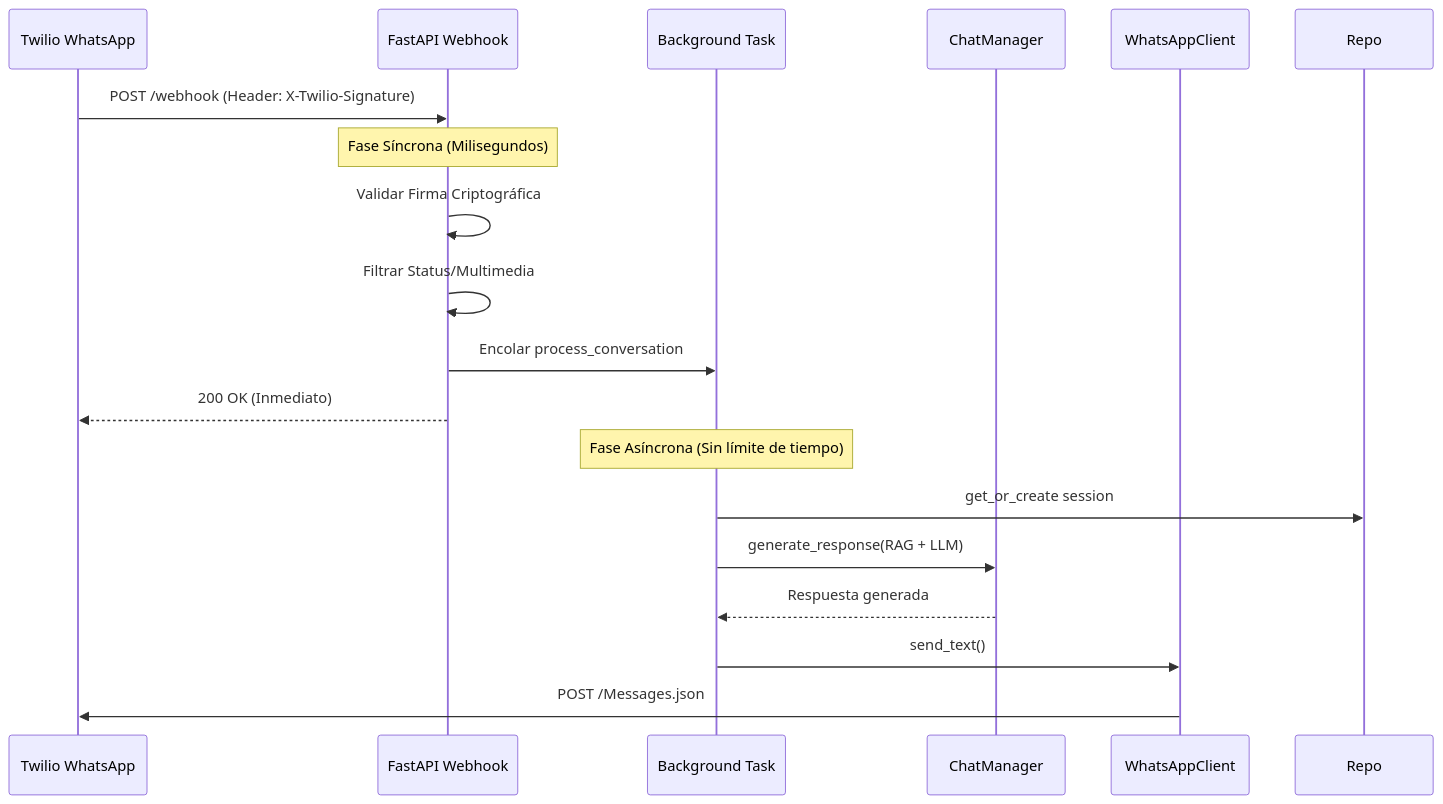
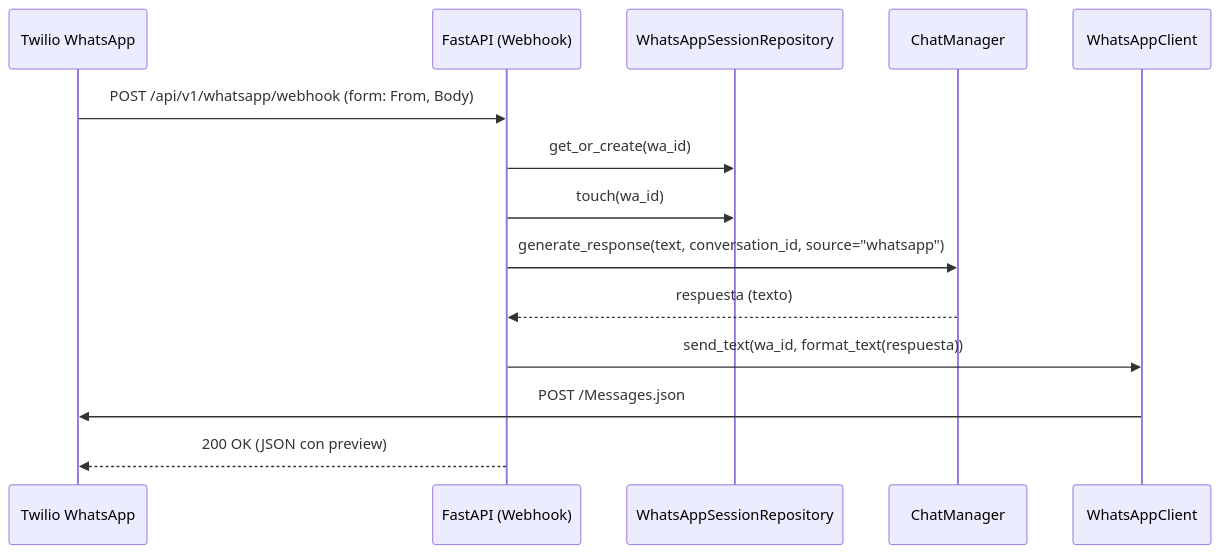
One commit to Jandirs08/Chatbot_Rag_final changed the diagram in backend/readmeWhatsapp.md. Above: the diagram before and after it, drawn with Mermaid. The commit also changed other lines of this file and 8 other files, not shown here.

````diff
--- a/backend/readmeWhatsapp.md
+++ b/backend/readmeWhatsapp.md
@@ -35,23 +32,17 @@
 ```mermaid
 sequenceDiagram
     participant Twilio as Twilio WhatsApp
-    participant API as FastAPI Webhook
-    participant Worker as Background Task
+    participant API as FastAPI (Webhook)
+    participant Repo as WhatsAppSessionRepository
     participant Chat as ChatManager
     participant Client as WhatsAppClient
 
-    Twilio->>API: POST /webhook (Header: X-Twilio-Signature)
-    
-    Note over API: Fase Síncrona (Milisegundos)
-    API->>API: Validar Firma Criptográfica
-    API->>API: Filtrar Status/Multimedia
-    API->>Worker: Encolar process_conversation
-    API-->>Twilio: 200 OK (Inmediato)
-
-    Note over Worker: Fase Asíncrona (Sin límite de tiempo)
-    Worker->>Repo: get_or_create session
-    Worker->>Chat: generate_response(RAG + LLM)
-    Chat-->>Worker: Respuesta generada
-    Worker->>Client: send_text()
+    Twilio->>API: POST /api/v1/whatsapp/webhook (form: From, Body)
+    API->>Repo: get_or_create(wa_id)
+    API->>Repo: touch(wa_id)
+    API->>Chat: generate_response(text, conversation_id, source="whatsapp")
+    Chat-->>API: respuesta (texto)
+    API->>Client: send_text(wa_id, format_text(respuesta))
     Client->>Twilio: POST /Messages.json
+    API-->>Twilio: 200 OK (JSON con preview)
 ```
````
